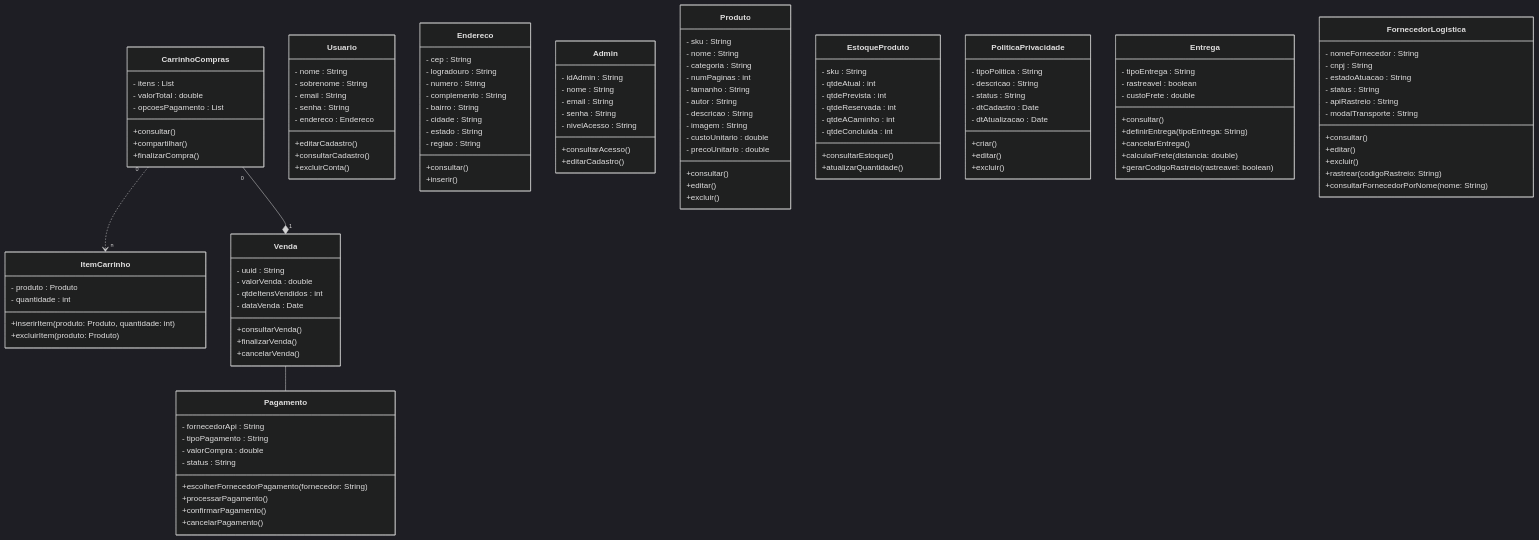
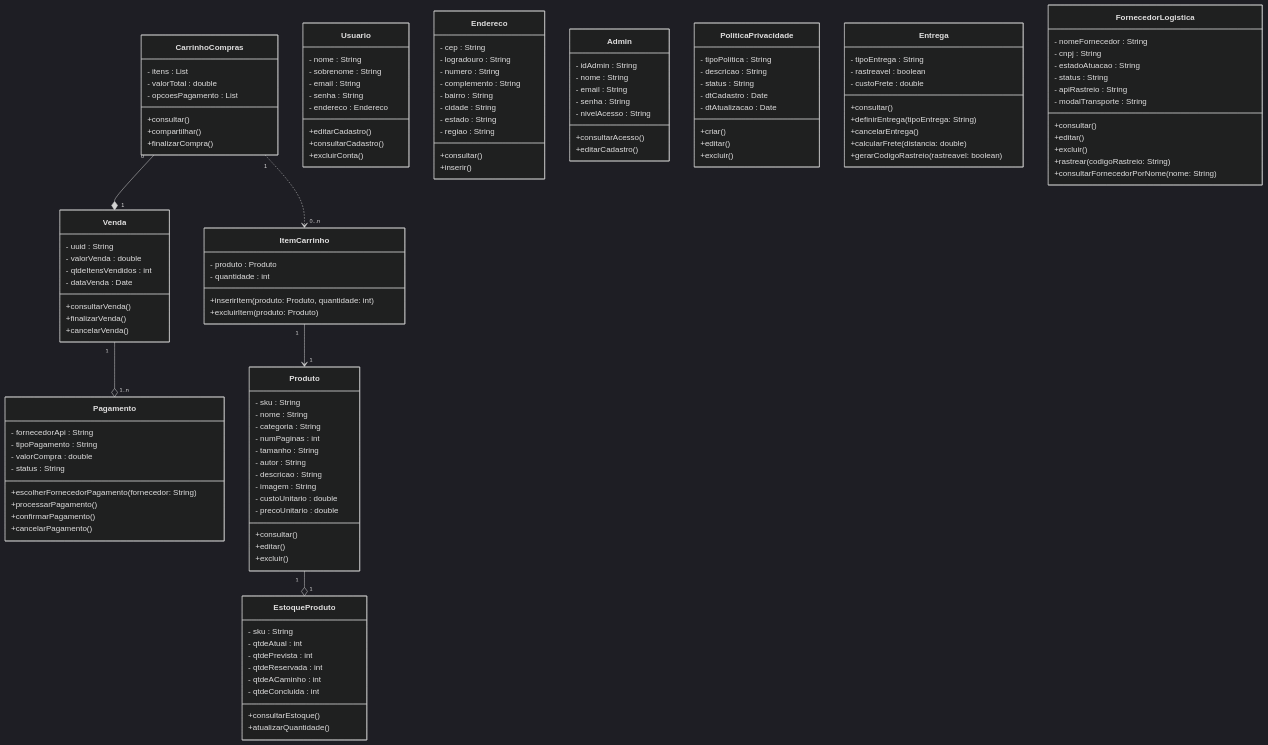
The diagram in JavaPOO/20250912/siteLivros.md (BrenooOliveira/AulasFatec), drawn with Mermaid before and after one commit.

Commit message:
:sparkles: new relationships

````diff
--- a/JavaPOO/20250912/siteLivros.md
+++ b/JavaPOO/20250912/siteLivros.md
@@ -128,8 +128,10 @@
 	    +consultarFornecedorPorNome(nome: String)
     }
 
-    CarrinhoCompras "0" ..> "n" ItemCarrinho
+    CarrinhoCompras "1" ..> "0...n" ItemCarrinho
+	ItemCarrinho "1" --> "1"Produto
+	Produto "1"--o "1"EstoqueProduto
     CarrinhoCompras "0" --* "1" Venda
-    Venda -- Pagamento
+    Venda "1" --o "1..n"Pagamento    
 
 ```
````
